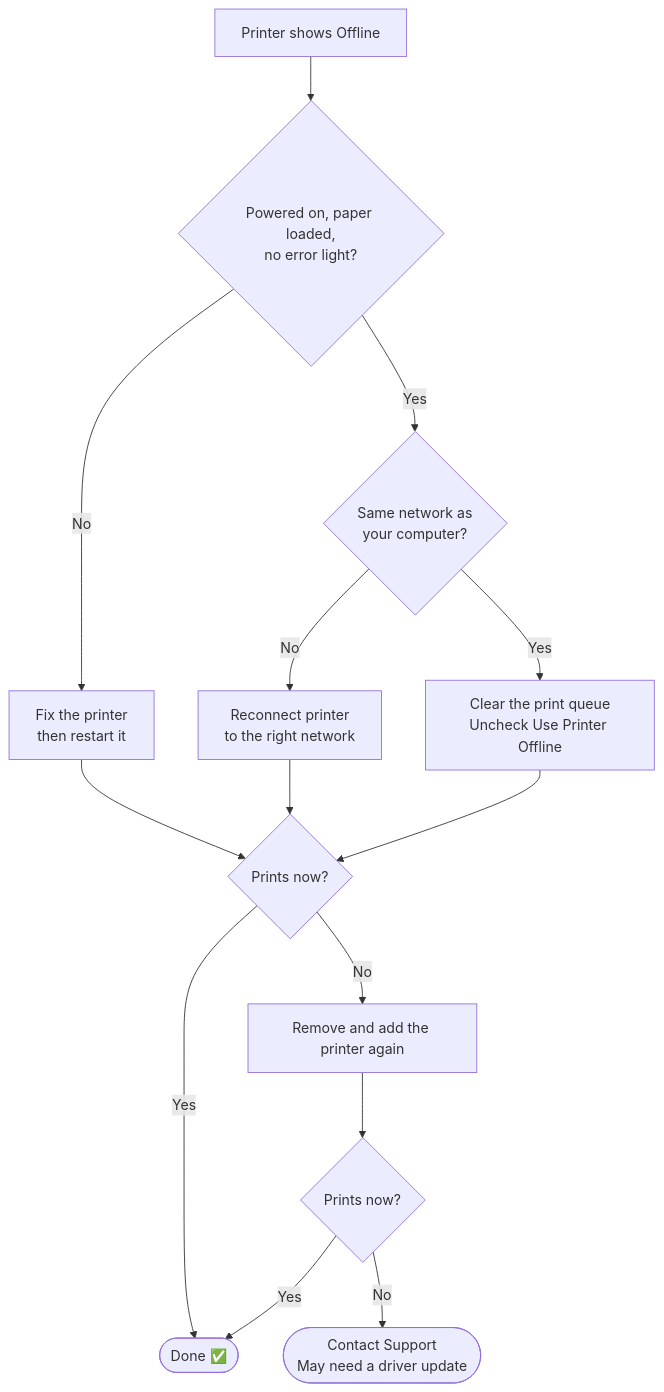
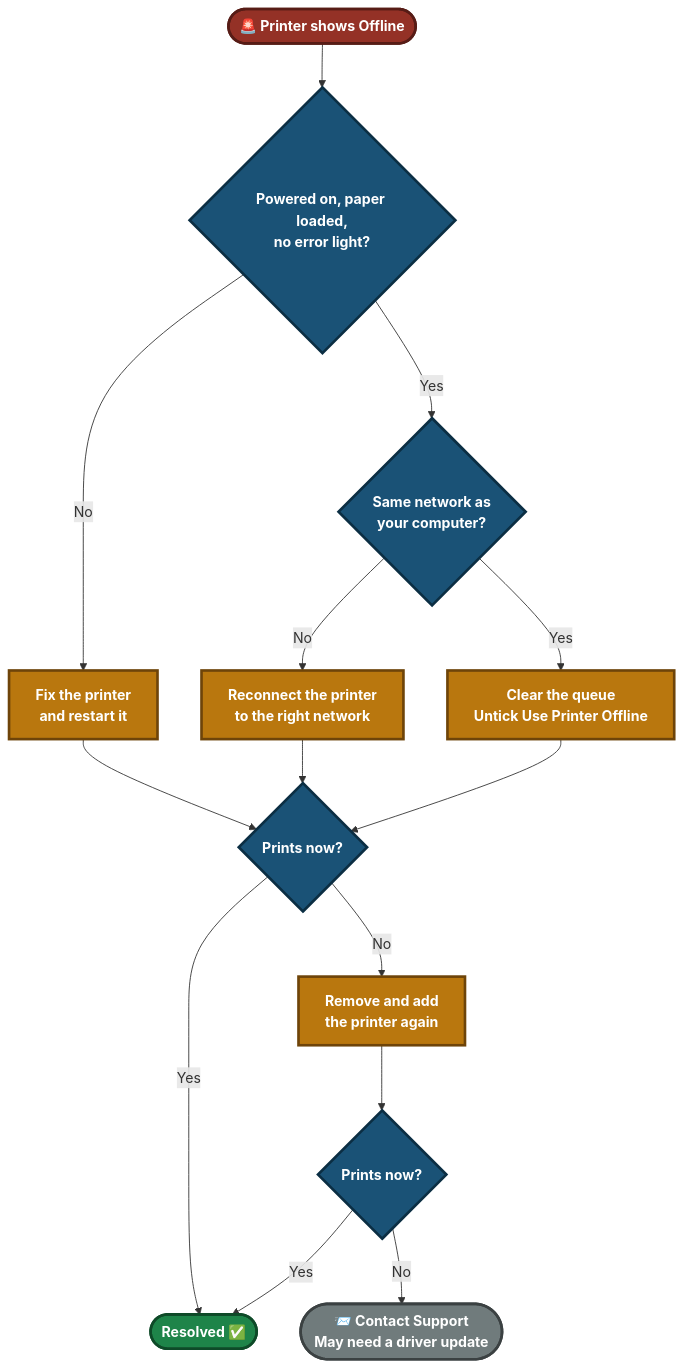
One commit to malaika-azhar/Customer-Tech-Support-Portfolio changed the second of 3 diagrams in 04-Solution-guides/04.4-Printer-Guide.md. Above: the diagram before and after it, drawn with Mermaid. The commit also changed other lines of this file, not shown here.

````diff
--- a/04-Solution-guides/04.4-Printer-Guide.md
+++ b/04-Solution-guides/04.4-Printer-Guide.md
@@ -68,16 +177,22 @@
 ```mermaid
 flowchart TD
-    A["Printer shows Offline"] --> B{"Powered on, paper loaded,<br/>no error light?"}
-    B -->|No| C["Fix the printer<br/>then restart it"]
-    B -->|Yes| D{"Same network as<br/>your computer?"}
-    D -->|No| E["Reconnect printer<br/>to the right network"]
-    D -->|Yes| F["Clear the print queue<br/>Uncheck Use Printer Offline"]
-    C --> G{"Prints now?"}
+    A(["🚨 Printer shows Offline"]):::start --> B{"Powered on, paper loaded,<br/>no error light?"}:::step
+    B -->|No| C["Fix the printer<br/>and restart it"]:::fix
+    B -->|Yes| D{"Same network as<br/>your computer?"}:::step
+    D -->|No| E["Reconnect the printer<br/>to the right network"]:::fix
+    D -->|Yes| F["Clear the queue<br/>Untick Use Printer Offline"]:::fix
+    C --> G{"Prints now?"}:::step
     E --> G
     F --> G
-    G -->|Yes| End(["Done ✅"])
-    G -->|No| H["Remove and add the printer again"]
-    H --> I{"Prints now?"}
+    G -->|Yes| End(["Resolved ✅"]):::ok
+    G -->|No| H["Remove and add<br/>the printer again"]:::fix
+    H --> I{"Prints now?"}:::step
     I -->|Yes| End
-    I -->|No| J(["Contact Support<br/>May need a driver update"])
+    I -->|No| J(["📨 Contact Support<br/>May need a driver update"]):::esc
+
+    classDef start fill:#943126,stroke:#571C16,stroke-width:3px,color:#FFFFFF,font-weight:bold
+    classDef step fill:#1A5276,stroke:#0B2E43,stroke-width:3px,color:#FFFFFF,font-weight:bold
+    classDef fix fill:#B9770E,stroke:#6E4409,stroke-width:3px,color:#FFFFFF,font-weight:bold
+    classDef ok fill:#1E8449,stroke:#0E4A28,stroke-width:3px,color:#FFFFFF,font-weight:bold
+    classDef esc fill:#707B7C,stroke:#3B4142,stroke-width:3px,color:#FFFFFF,font-weight:bold
 ```
````
